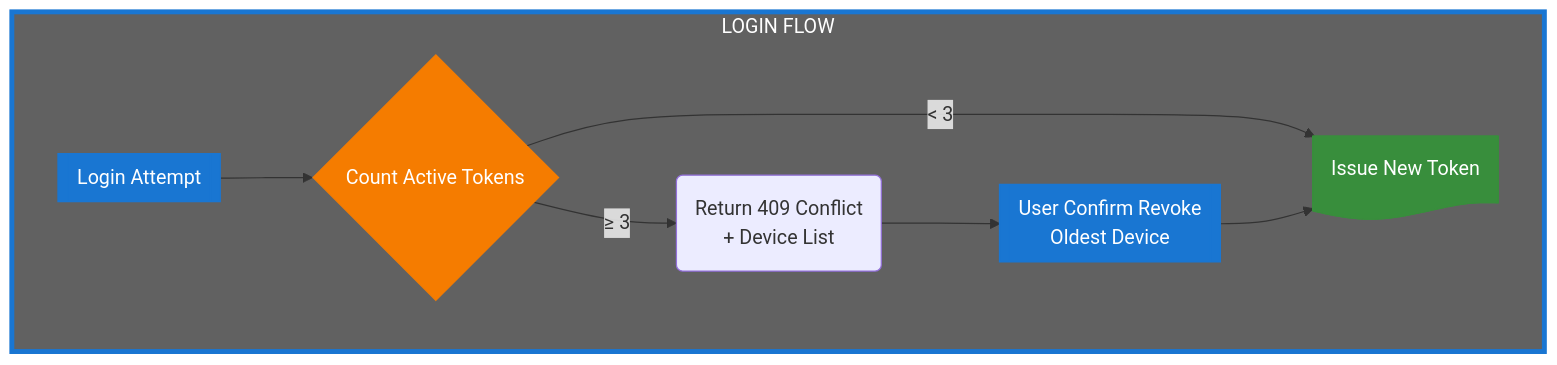
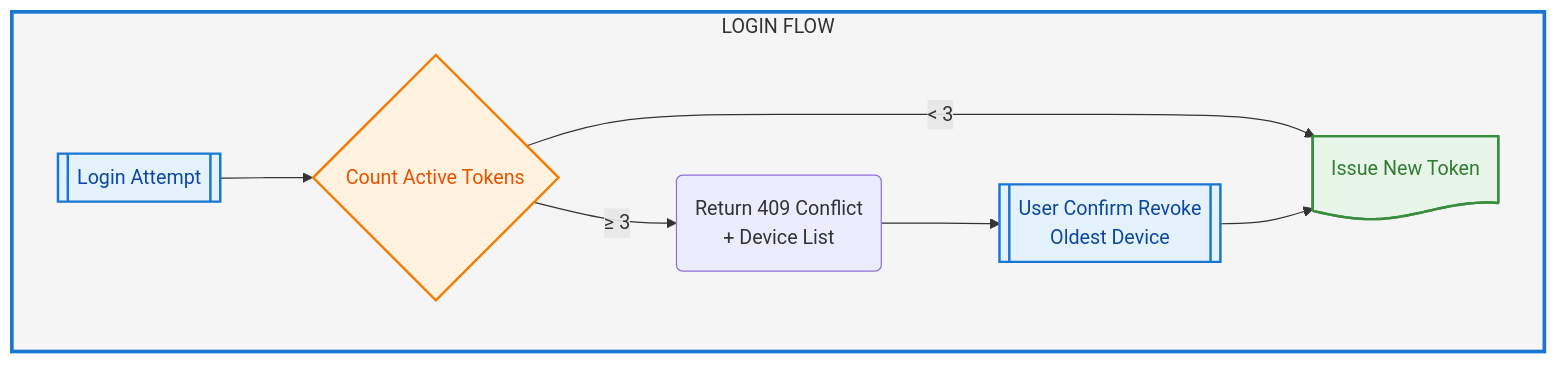
One commit to nghyane/VSTEP changed diagram 12 of 12 in docs/capstone/diagrams/flow-diagrams.vi.md. Above: the diagram before and after it, drawn with Mermaid. The commit also changed other lines of this file, not shown here.

First line of the commit message:
style(docs): fix mermaid diagram colors to pastel scheme

````diff
--- a/docs/capstone/diagrams/flow-diagrams.vi.md
+++ b/docs/capstone/diagrams/flow-diagrams.vi.md
@@ -822,28 +822,28 @@
 ```mermaid
 flowchart TB
     subgraph Login["LOGIN FLOW"]
         Attempt@{ shape: fr-rect, label: "Login Attempt" }
         Count@{ shape: diam, label: "Count Active Tokens" }
         Warn@{ shape: rounded, label: "Return 409 Conflict\n+ Device List" }
         Revoke@{ shape: fr-rect, label: "User Confirm Revoke\nOldest Device" }
         Issue@{ shape: doc, label: "Issue New Token" }
     end
 
     Attempt --> Count
     Count -->|"< 3"| Issue
     Count -->|"≥ 3"| Warn --> Revoke --> Issue
 
-    %% Nodes
-    classDef process fill:#1976d2,stroke:#1976d2,color:#fff
-    classDef decision fill:#f57c00,stroke:#f57c00,color:#fff
-    classDef success fill:#388e3c,stroke:#388e3c,color:#fff
+    %% Nodes - soft pastel fill with dark text
+    classDef process fill:#e3f2fd,stroke:#1976d2,stroke-width:2px,color:#0d47a1
+    classDef decision fill:#fff3e0,stroke:#f57c00,stroke-width:2px,color:#e65100
+    classDef success fill:#e8f5e9,stroke:#388e3c,stroke-width:2px,color:#2e7d32
 
-    %% Box
-    classDef loginBox fill:#616161,stroke:#1976d2,stroke-width:4px,color:#fff
+    %% Box - light tint
+    classDef loginBox fill:#f5f5f5,stroke:#1976d2,stroke-width:3px,color:#333
 
     class Login loginBox
 
     class Attempt,Revoke,Issue process
     class Count decision
     class Issue success
 ```
````
